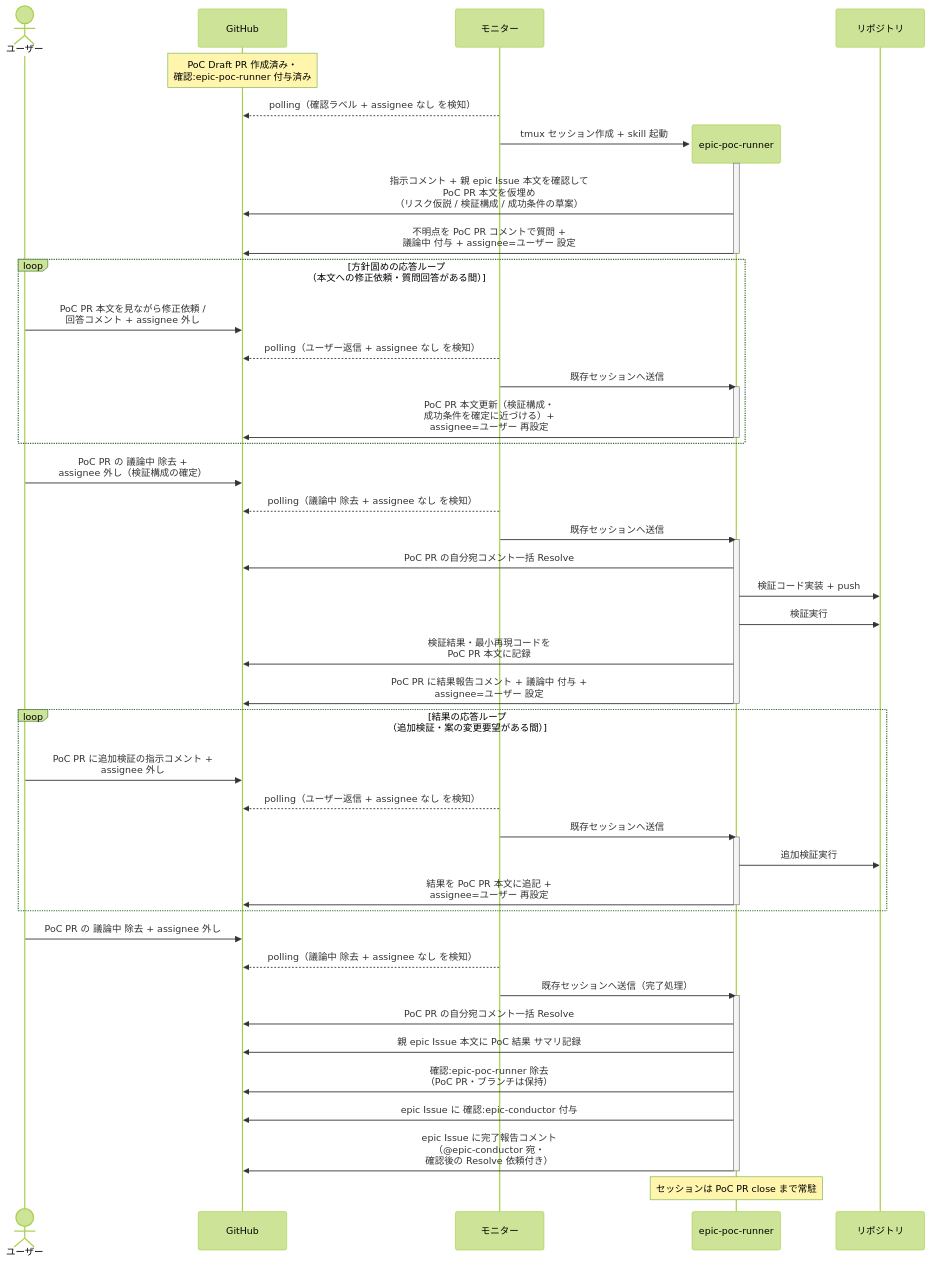
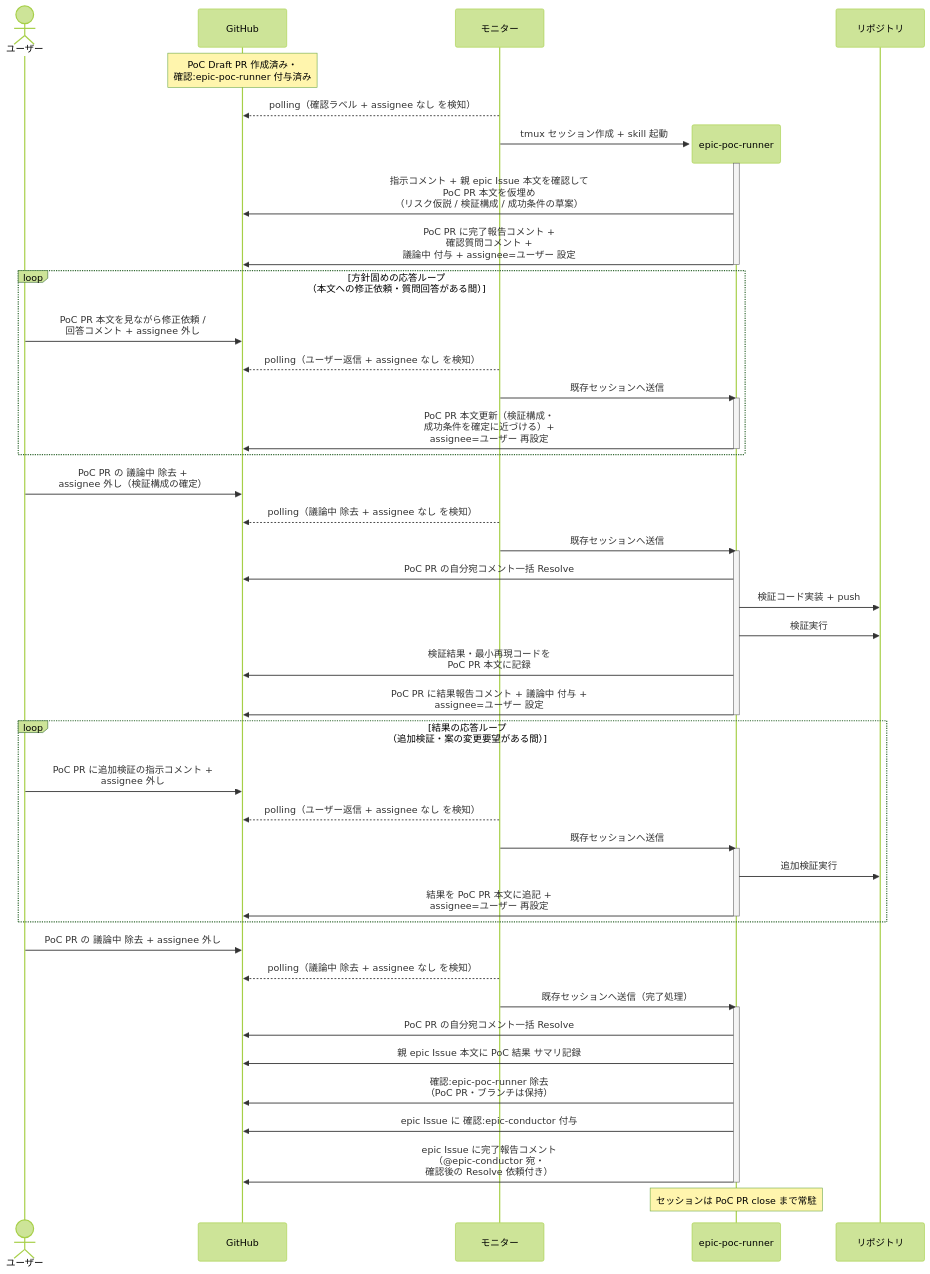
Before and after one commit to shuhei1101/ai-monitor: the first of 2 diagrams in docs/wiki/設計図/シナリオ/単一ユースケース/実現可能性PoC検証.md, drawn with Mermaid (forest theme). The commit also changed other lines of this file and 3 other files, not shown here.

````diff
--- a/docs/wiki/設計図/シナリオ/単一ユースケース/実現可能性PoC検証.md
+++ b/docs/wiki/設計図/シナリオ/単一ユースケース/実現可能性PoC検証.md
@@ -23,58 +23,58 @@
 ```mermaid
 sequenceDiagram
   actor U as ユーザー
   participant GH as GitHub
   participant ORC as モニター
 
   Note over GH: PoC Draft PR 作成済み・<br>確認:epic-poc-runner 付与済み
   ORC-->>GH: polling（確認ラベル + assignee なし を検知）
   create participant MON as epic-poc-runner
   ORC->>MON: tmux セッション作成 + skill 起動
   participant REPO as リポジトリ
   activate MON
   MON->>GH: 指示コメント + 親 epic Issue 本文を確認して<br>PoC PR 本文を仮埋め<br>（リスク仮説 / 検証構成 / 成功条件の草案）
-  MON->>GH: 不明点を PoC PR コメントで質問 +<br>議論中 付与 + assignee=ユーザー 設定
+  MON->>GH: PoC PR に完了報告コメント +<br>確認質問コメント +<br>議論中 付与 + assignee=ユーザー 設定
   deactivate MON
 
   loop 方針固めの応答ループ<br>（本文への修正依頼・質問回答がある間）
     U->>GH: PoC PR 本文を見ながら修正依頼 /<br>回答コメント + assignee 外し
     ORC-->>GH: polling（ユーザー返信 + assignee なし を検知）
     ORC->>MON: 既存セッションへ送信
     activate MON
     MON->>GH: PoC PR 本文更新（検証構成・<br>成功条件を確定に近づける）+<br>assignee=ユーザー 再設定
     deactivate MON
   end
 
   U->>GH: PoC PR の 議論中 除去 +<br>assignee 外し（検証構成の確定）
   ORC-->>GH: polling（議論中 除去 + assignee なし を検知）
   ORC->>MON: 既存セッションへ送信
   activate MON
   MON->>GH: PoC PR の自分宛コメント一括 Resolve
   MON->>REPO: 検証コード実装 + push
   MON->>REPO: 検証実行
   MON->>GH: 検証結果・最小再現コードを<br>PoC PR 本文に記録
   MON->>GH: PoC PR に結果報告コメント + 議論中 付与 +<br>assignee=ユーザー 設定
   deactivate MON
 
   loop 結果の応答ループ<br>（追加検証・案の変更要望がある間）
     U->>GH: PoC PR に追加検証の指示コメント +<br>assignee 外し
     ORC-->>GH: polling（ユーザー返信 + assignee なし を検知）
     ORC->>MON: 既存セッションへ送信
     activate MON
     MON->>REPO: 追加検証実行
     MON->>GH: 結果を PoC PR 本文に追記 +<br>assignee=ユーザー 再設定
     deactivate MON
   end
 
   U->>GH: PoC PR の 議論中 除去 + assignee 外し
   ORC-->>GH: polling（議論中 除去 + assignee なし を検知）
   ORC->>MON: 既存セッションへ送信（完了処理）
   activate MON
   MON->>GH: PoC PR の自分宛コメント一括 Resolve
   MON->>GH: 親 epic Issue 本文に PoC 結果 サマリ記録
   MON->>GH: 確認:epic-poc-runner 除去<br>（PoC PR・ブランチは保持）
   MON->>GH: epic Issue に 確認:epic-conductor 付与
   MON->>GH: epic Issue に完了報告コメント<br>（@epic-conductor 宛・<br>確認後の Resolve 依頼付き）
   deactivate MON
   Note over MON: セッションは PoC PR close まで常駐
 ```
````
